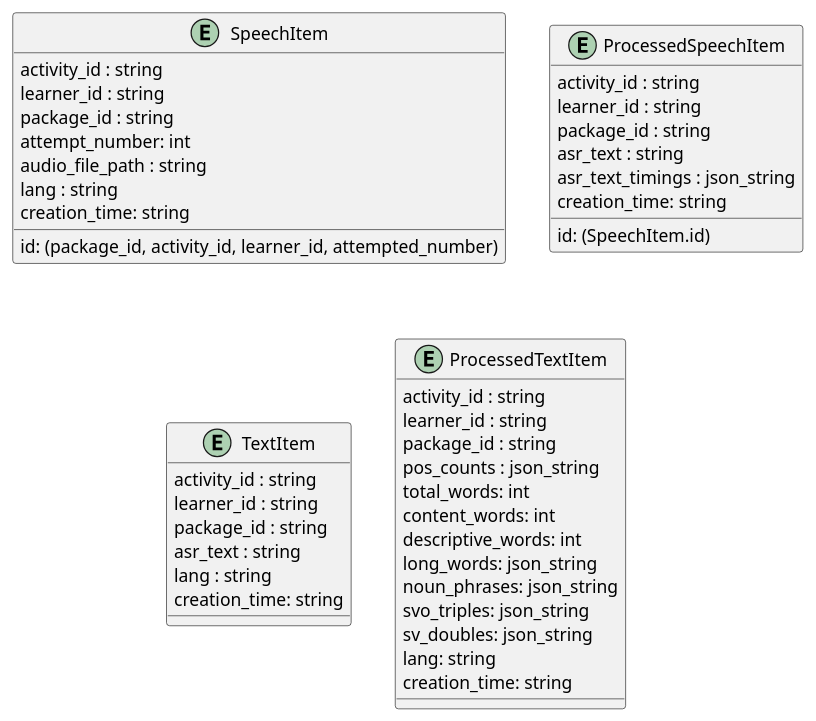
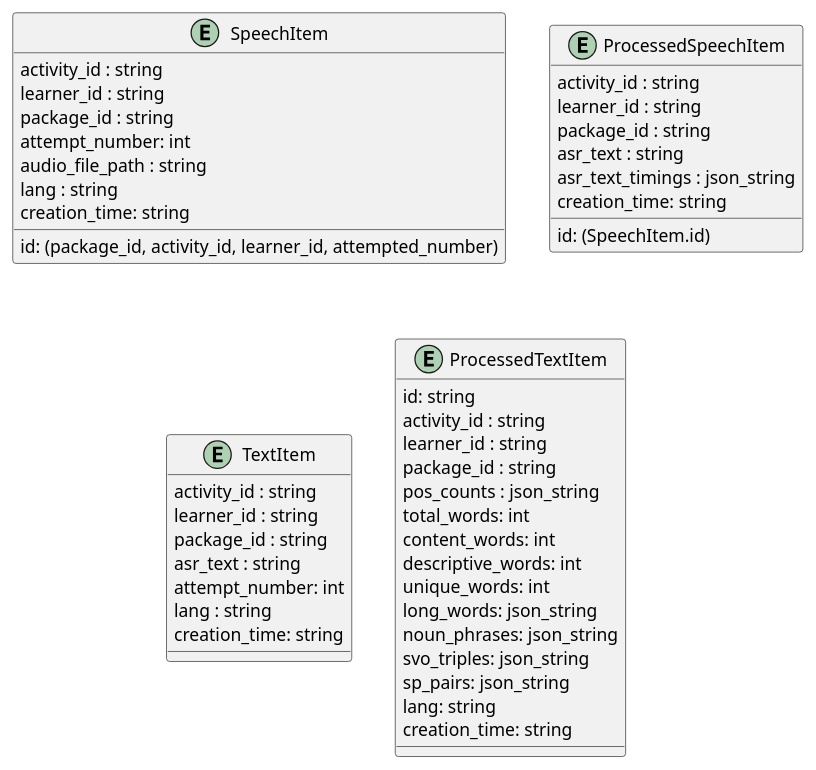
The diagram in elautil/doc/entities.md (IT-for-Change/english-language-assessment), drawn with PlantUML before and after one commit. The commit also changed 2 other files, not shown here.

Commit message:
misc updates

````diff
--- a/elautil/doc/entities.md
+++ b/elautil/doc/entities.md
@@ -1,52 +1,54 @@
 ```plantuml
 
 entity SpeechItem {
     id: (package_id, activity_id, learner_id, attempted_number)
     activity_id : string
     learner_id : string
     package_id : string
     attempt_number: int
     audio_file_path : string
     lang : string
     creation_time: string
 }
 
 entity ProcessedSpeechItem {
     id: (SpeechItem.id)
     activity_id : string
     learner_id : string
     package_id : string
     asr_text : string
     asr_text_timings : json_string
     creation_time: string 
 }
 
 entity TextItem {
     activity_id : string
     learner_id : string
     package_id : string
     asr_text : string
+    attempt_number: int
     lang : string
     creation_time: string
 }
 
 entity ProcessedTextItem {
+    id: string
     activity_id : string
     learner_id : string
     package_id : string
     pos_counts : json_string
     total_words: int
     content_words: int
     descriptive_words: int
+    unique_words: int
     long_words: json_string
     noun_phrases: json_string
     svo_triples: json_string
-    sv_doubles: json_string
+    sp_pairs: json_string
     lang: string
     creation_time: string
 }
 
 
 
-
 ```
````
